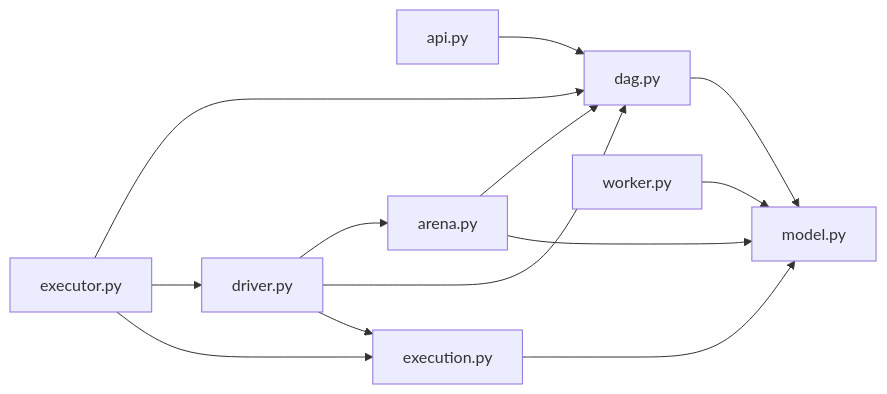
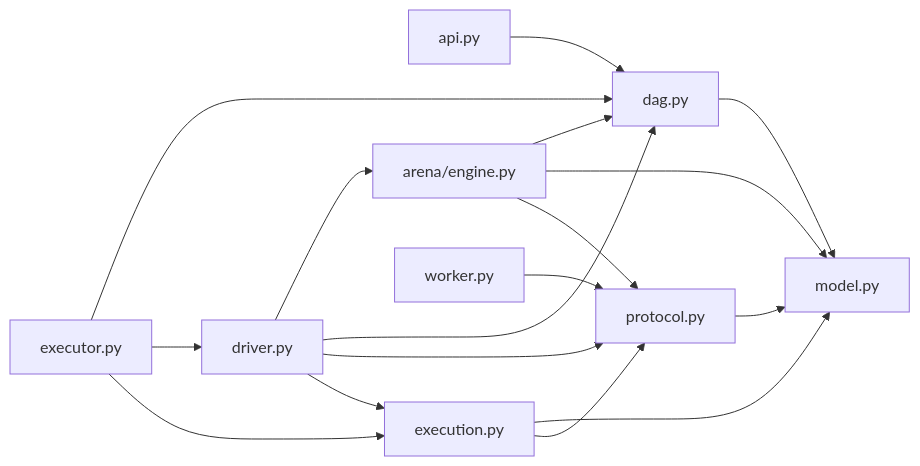
Before and after one commit to OpenDCAI/RayOrch: the ninth of 9 diagrams in docs/multigrain_v3_prototype_1.md, drawn with Mermaid. The commit also changed other lines of this file and 29 other files, not shown here.

````diff
--- a/docs/multigrain_v3_prototype_1.md
+++ b/docs/multigrain_v3_prototype_1.md
@@ -2200,15 +2268,19 @@
 ```mermaid
 flowchart LR
     API["api.py"] --> DAG["dag.py"]
     DAG --> Model["model.py"]
-    Arena["arena.py"] --> DAG
+    Protocol["protocol.py"] --> Model
+    Arena["arena/engine.py"] --> DAG
     Arena --> Model
+    Arena --> Protocol
     Driver["driver.py"] --> Arena
     Driver --> DAG
+    Driver --> Protocol
     Execution["execution.py"] --> Model
+    Execution --> Protocol
     Driver --> Execution
-    Worker["worker.py"] --> Model
+    Worker["worker.py"] --> Protocol
     Executor["executor.py"] --> DAG
     Executor --> Driver
     Executor --> Execution
 ```
````
